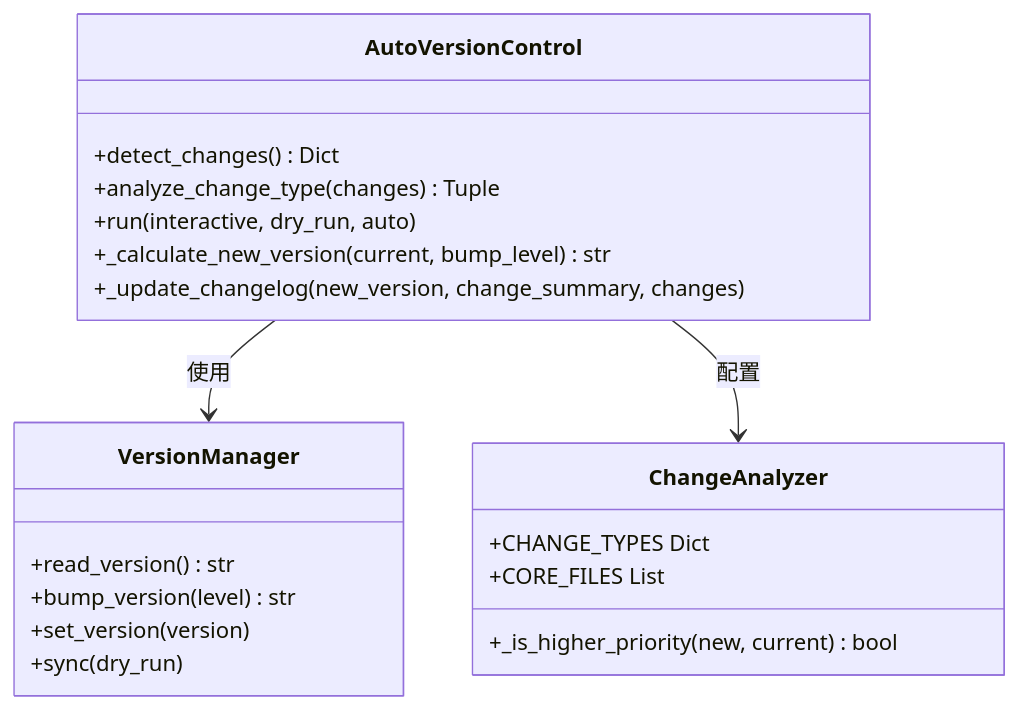
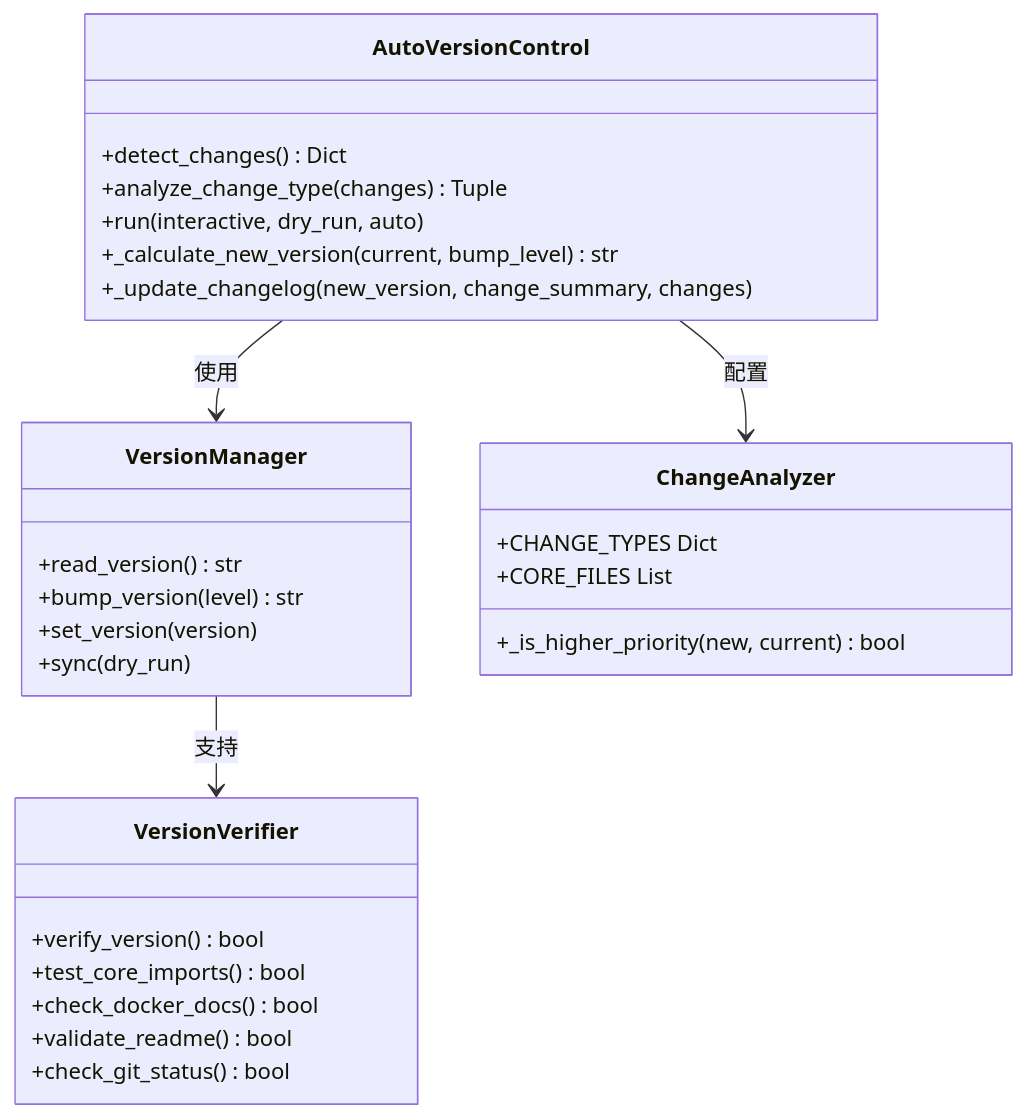
One commit to JieGaoPrinceton/NecoRAG changed the fourth of 7 diagrams in .qoder/repowiki/zh/content/开发与测试/版本管理系统.md. Above: the diagram before and after it, drawn with Mermaid. The commit also changed other lines of this file and 17 other files, not shown here.

````diff
--- a/.qoder/repowiki/zh/content/开发与测试/版本管理系统.md
+++ b/.qoder/repowiki/zh/content/开发与测试/版本管理系统.md
@@ -216,23 +248,31 @@
 ```mermaid
 classDiagram
 class AutoVersionControl {
 +detect_changes() Dict
 +analyze_change_type(changes) Tuple
 +run(interactive, dry_run, auto)
 +_calculate_new_version(current, bump_level) str
 +_update_changelog(new_version, change_summary, changes)
 }
 class VersionManager {
 +read_version() str
 +bump_version(level) str
 +set_version(version)
 +sync(dry_run)
 }
 class ChangeAnalyzer {
 +CHANGE_TYPES Dict
 +CORE_FILES List
 +_is_higher_priority(new, current) bool
 }
+class VersionVerifier {
++verify_version() bool
++test_core_imports() bool
++check_docker_docs() bool
++validate_readme() bool
++check_git_status() bool
+}
 AutoVersionControl --> VersionManager : 使用
 AutoVersionControl --> ChangeAnalyzer : 配置
+VersionManager --> VersionVerifier : 支持
 ```
````
